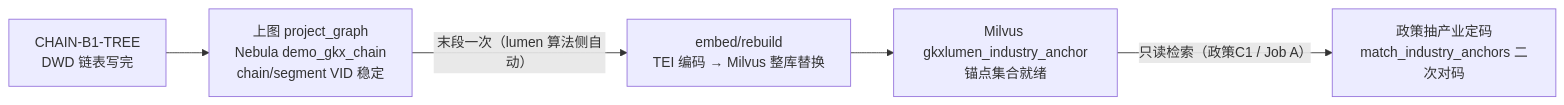
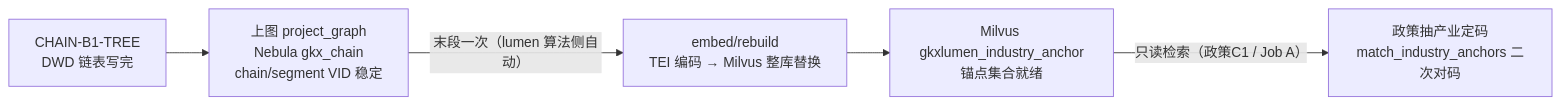
Before and after one commit to Marisolebxf/-: the diagram in agent-delivery/data/GDF/派单包/产业链/GDF-CHAIN-WORKPACK-v2/12-DWD后加工-产业链入向量库.md, drawn with Mermaid. The commit also changed other lines of this file and 4 other files, not shown here.

First line of the commit message:
[agent:architect] 产业链 v2.2.1 — round2 契约补全：12 号上图/rebuild 接口契约 + 图空间 gkx_chain 定名

````diff
--- a/agent-delivery/data/GDF/派单包/产业链/GDF-CHAIN-WORKPACK-v2/12-DWD后加工-产业链入向量库.md
+++ b/agent-delivery/data/GDF/派单包/产业链/GDF-CHAIN-WORKPACK-v2/12-DWD后加工-产业链入向量库.md
@@ -13,7 +13,7 @@
 ```mermaid
 flowchart LR
-  B1["CHAIN-B1-TREE<br/>DWD 链表写完"] --> G["上图 project_graph<br/>Nebula demo_gkx_chain<br/>chain/segment VID 稳定"]
+  B1["CHAIN-B1-TREE<br/>DWD 链表写完"] --> G["上图 project_graph<br/>Nebula gkx_chain<br/>chain/segment VID 稳定"]
   G -->|"末段一次（lumen 算法侧自动）"| R["embed/rebuild<br/>TEI 编码 → Milvus 整库替换"]
   R --> V["Milvus gkxlumen_industry_anchor<br/>锚点集合就绪"]
   V -->|"只读检索（政策C1 / Job A）"| P["政策抽产业定码<br/>match_industry_anchors 二次对码"]
 ```
````
